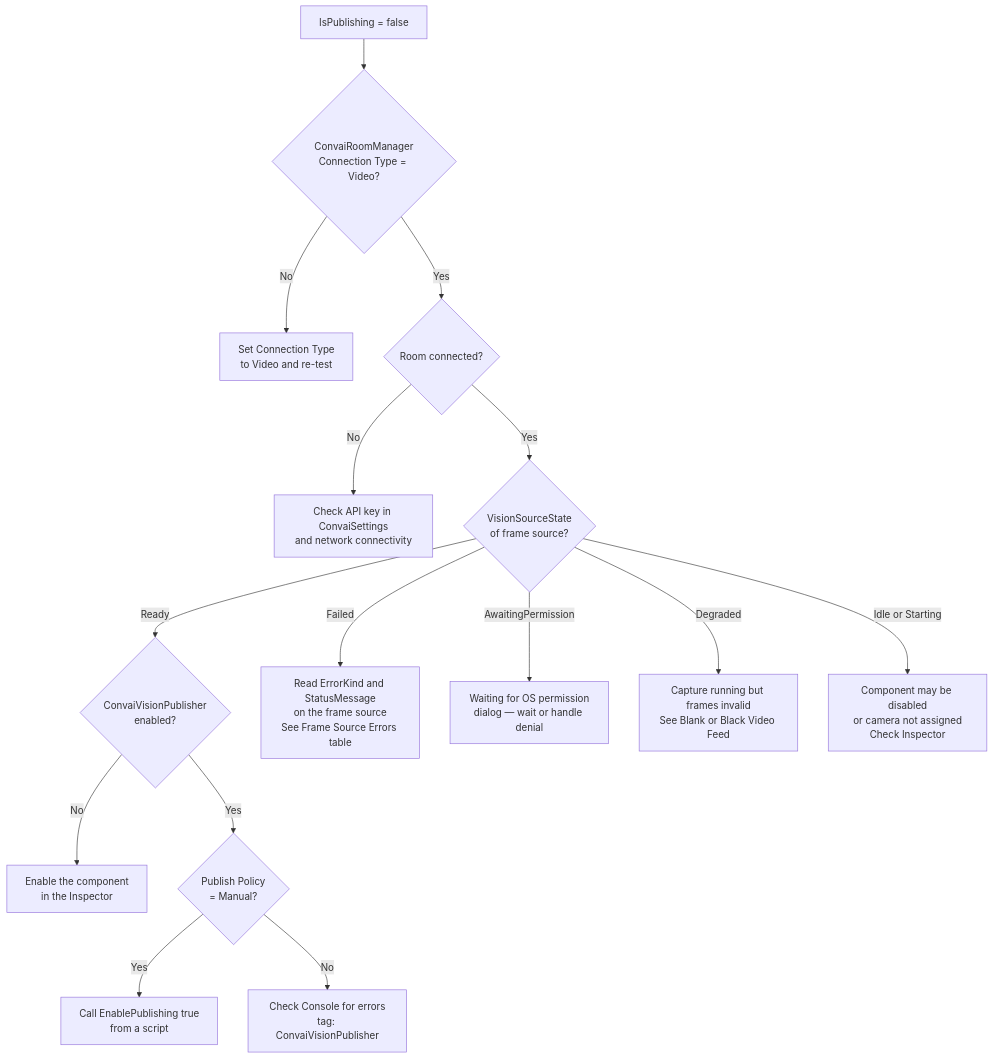
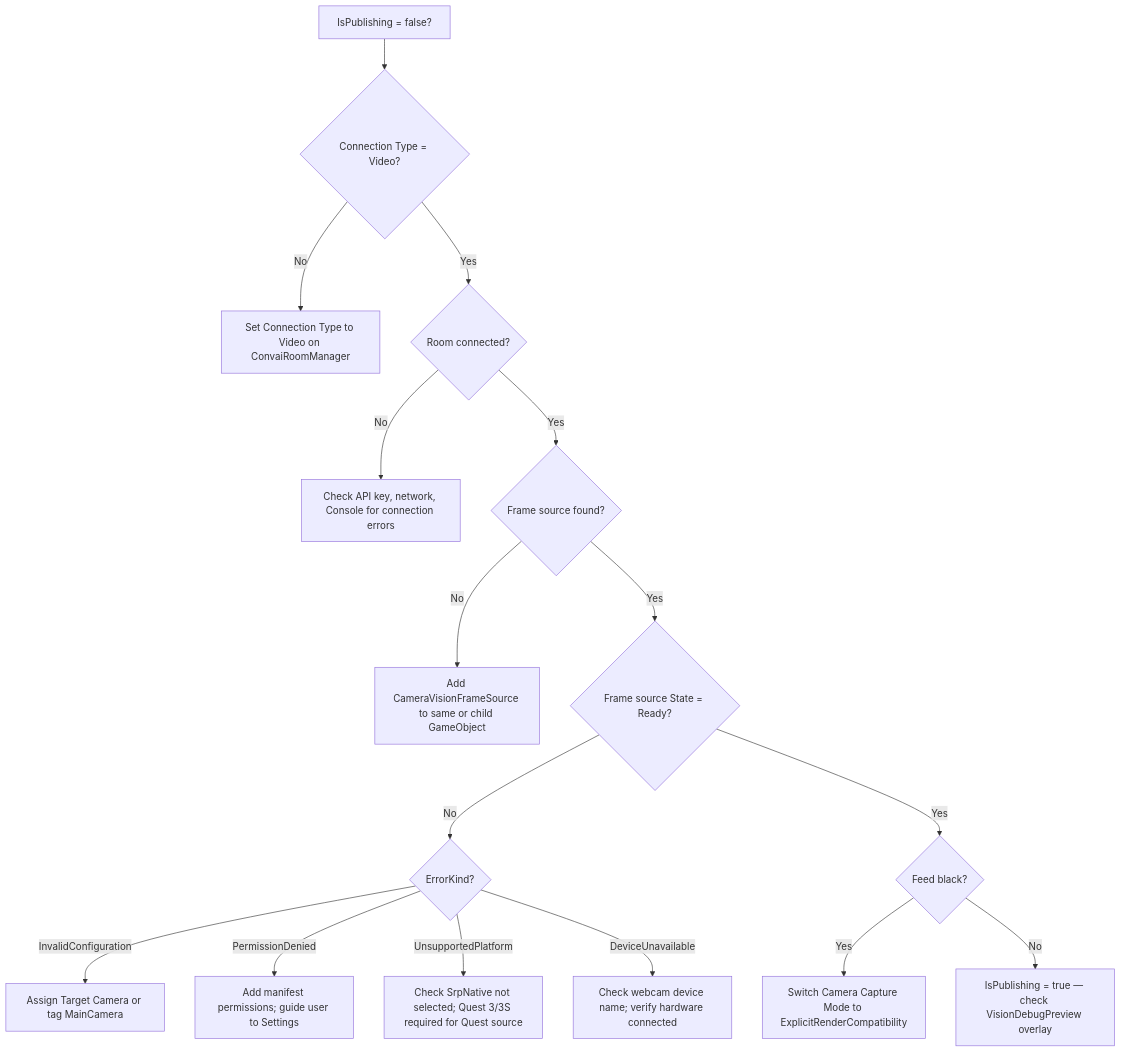
One commit to Conv-AI/Convai-Documentation changed the diagram in plugins-and-integrations/convai-unity-sdk/features/vision/troubleshooting-and-diagnostics.md. Above: the diagram before and after it, drawn with Mermaid. The commit also changed other lines of this file and 325 other files, not shown here.

````diff
--- a/plugins-and-integrations/convai-unity-sdk/features/vision/troubleshooting-and-diagnostics.md
+++ b/plugins-and-integrations/convai-unity-sdk/features/vision/troubleshooting-and-diagnostics.md
@@ -203,17 +123,18 @@
 ```mermaid
 flowchart TD
-    A[IsPublishing = false] --> B{ConvaiRoomManager\nConnection Type = Video?}
-    B -- No --> C[Set Connection Type\nto Video and re-test]
-    B -- Yes --> D{Room connected?}
-    D -- No --> E[Check API key in ConvaiSettings\nand network connectivity]
-    D -- Yes --> F{VisionSourceState\nof frame source?}
-    F -- Ready --> G{ConvaiVisionPublisher\nenabled?}
-    G -- No --> H[Enable the component\nin the Inspector]
-    G -- Yes --> I{Publish Policy\n= Manual?}
-    I -- Yes --> J[Call EnablePublishing true\nfrom a script]
-    I -- No --> K[Check Console for errors\ntag: ConvaiVisionPublisher]
-    F -- Failed --> L[Read ErrorKind and StatusMessage\non the frame source\nSee Frame Source Errors table]
-    F -- AwaitingPermission --> M[Waiting for OS permission\ndialog — wait or handle denial]
-    F -- Degraded --> N[Capture running but frames invalid\nSee Blank or Black Video Feed]
-    F -- Idle or Starting --> O[Component may be disabled\nor camera not assigned\nCheck Inspector]
+    A[IsPublishing = false?] --> B{Connection Type = Video?}
+    B -- No --> B1[Set Connection Type to Video on ConvaiRoomManager]
+    B -- Yes --> C{Room connected?}
+    C -- No --> C1[Check API key, network, Console for connection errors]
+    C -- Yes --> D{Frame source found?}
+    D -- No --> D1[Add CameraVisionFrameSource to same or child GameObject]
+    D -- Yes --> E{Frame source State = Ready?}
+    E -- No --> F{ErrorKind?}
+    F -- InvalidConfiguration --> F1[Assign Target Camera or tag MainCamera]
+    F -- PermissionDenied --> F2[Add manifest permissions; guide user to Settings]
+    F -- UnsupportedPlatform --> F3[Check SrpNative not selected; Quest 3/3S required for Quest source]
+    F -- DeviceUnavailable --> F4[Check webcam device name; verify hardware connected]
+    E -- Yes --> G{Feed black?}
+    G -- Yes --> G1[Switch Camera Capture Mode to ExplicitRenderCompatibility]
+    G -- No --> H[IsPublishing = true — check VisionDebugPreview overlay]
 ```
````
